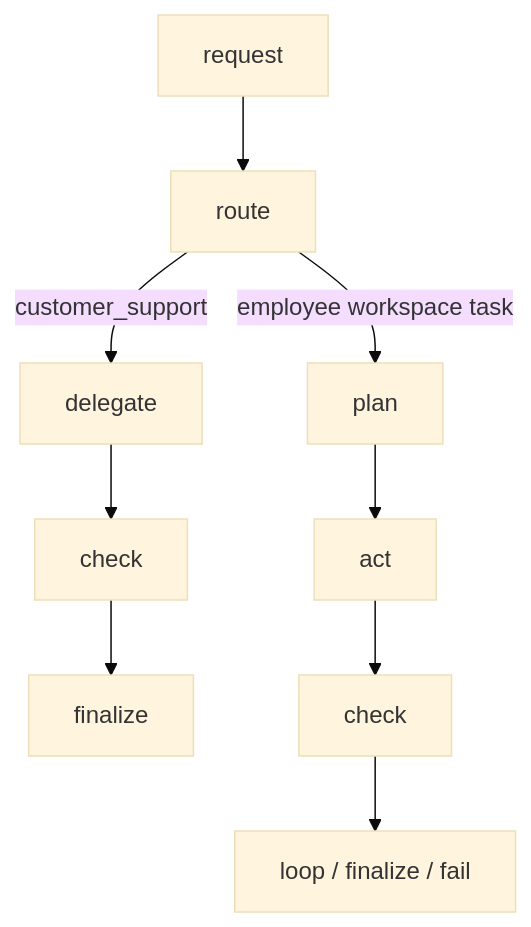
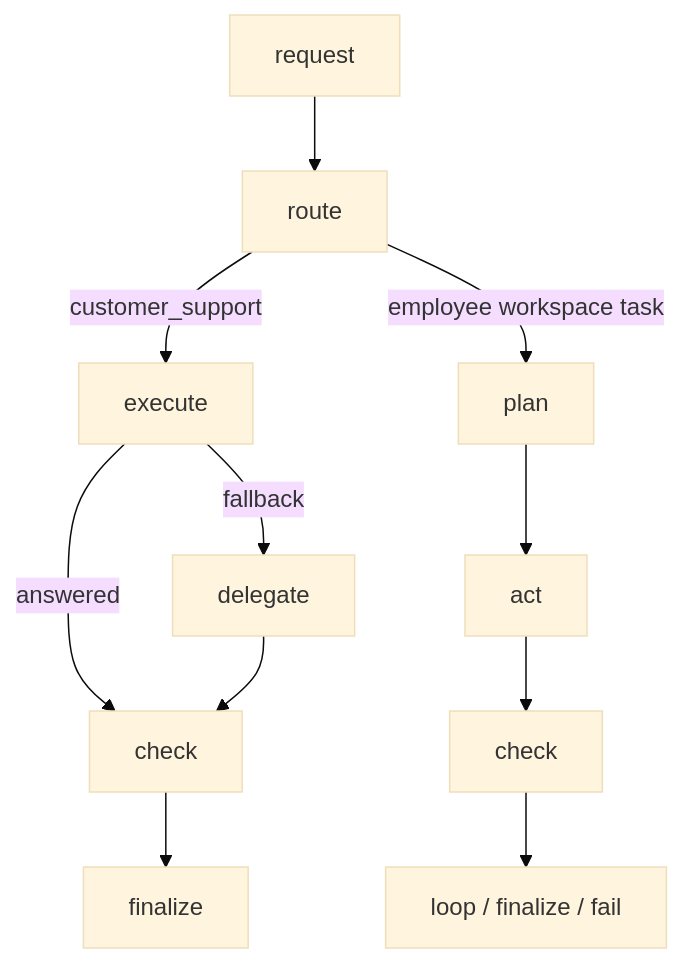
One commit to lr12338/hifleet-agent changed the second of 5 diagrams in docs/AGENT_TECHNICAL_DOCUMENTATION.md. Above: the diagram before and after it, drawn with Mermaid (base theme). The commit also changed other lines of this file and 12 other files, not shown here.

````diff
--- a/docs/AGENT_TECHNICAL_DOCUMENTATION.md
+++ b/docs/AGENT_TECHNICAL_DOCUMENTATION.md
@@ -47,11 +46,13 @@
 ```mermaid
 flowchart TD
     Start[request] --> Route[route]
-    Route -->|customer_support| Delegate[delegate]
-    Delegate --> Check[check]
+    Route -->|customer_support| Execute[execute]
+    Execute -->|answered| Check[check]
+    Execute -->|fallback| Delegate[delegate]
+    Delegate --> Check
     Check --> Finalize[finalize]
     Route -->|employee workspace task| Plan[plan]
     Plan --> Act[act]
     Act --> Verify[check]
     Verify --> LoopOrDone[loop / finalize / fail]
 ```
````
